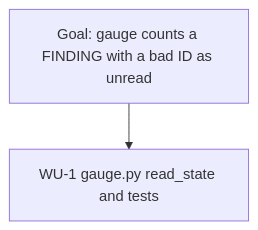
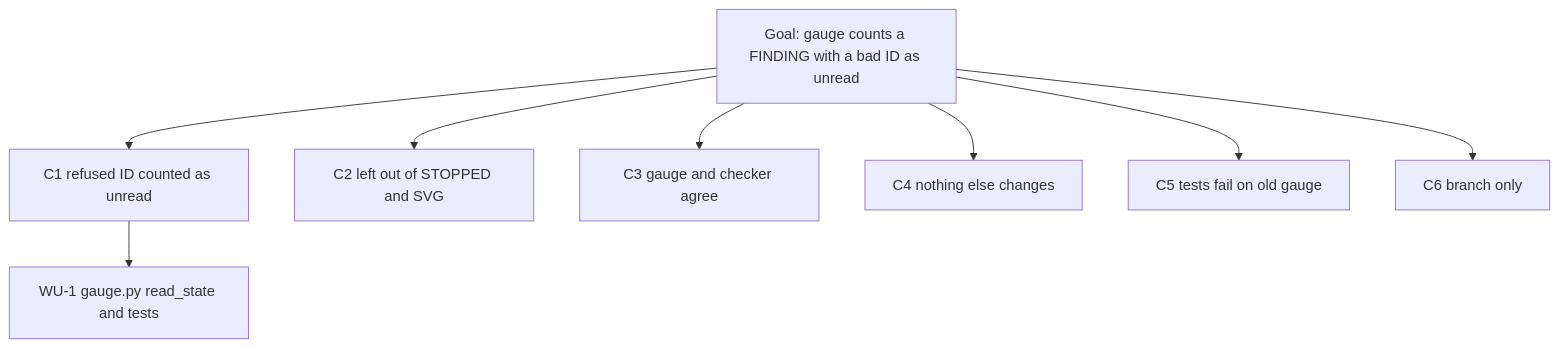
The diagram in runs/3.0.0-finding-id/MINDMAP.md (CatCorner22/devin), drawn with Mermaid before and after one commit. The commit also changed other lines of this file and 3 other files, not shown here.

````diff
--- a/runs/3.0.0-finding-id/MINDMAP.md
+++ b/runs/3.0.0-finding-id/MINDMAP.md
@@ -11,5 +16,11 @@
 ```mermaid
 graph TD
   G["Goal: gauge counts a FINDING with a bad ID as unread"]
-  G --> WU1["WU-1 gauge.py read_state and tests"]
+  G --> C1["C1 refused ID counted as unread"]
+  G --> C2["C2 left out of STOPPED and SVG"]
+  G --> C3["C3 gauge and checker agree"]
+  G --> C4["C4 nothing else changes"]
+  G --> C5["C5 tests fail on old gauge"]
+  G --> C6["C6 branch only"]
+  C1 --> WU1["WU-1 gauge.py read_state and tests"]
 ```
````
